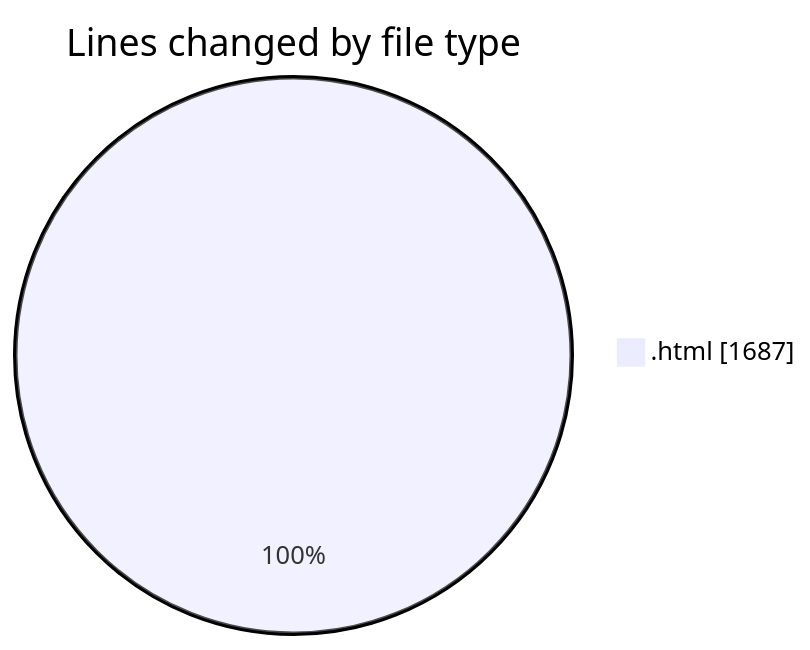
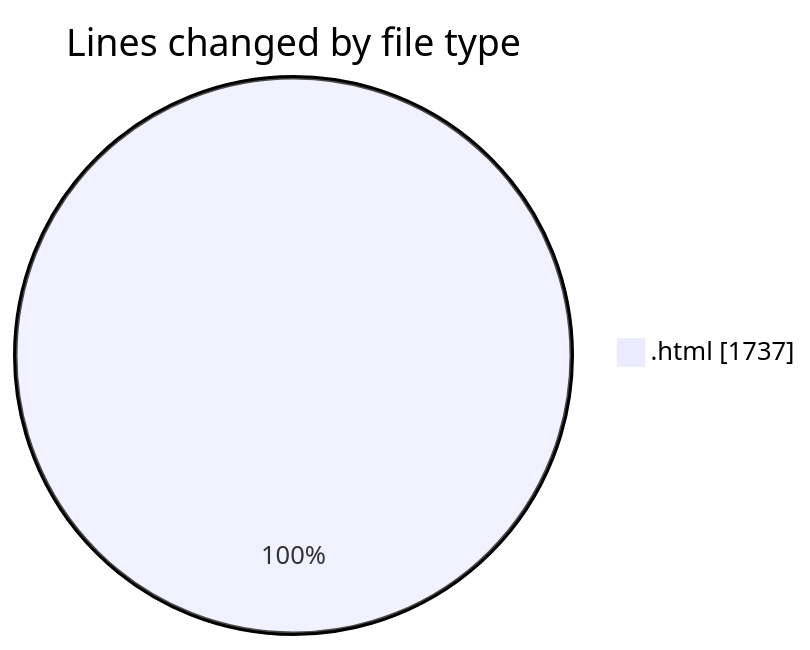
The first of 2 diagrams in 2025-09-16/landing/README.md (vahidmafi/code-tracking), drawn with Mermaid before and after one commit. The commit also changed other lines of this file and 1 other file, not shown here.

````diff
--- a/2025-09-16/landing/README.md
+++ b/2025-09-16/landing/README.md
@@ -25,5 +25,5 @@
 ```mermaid
 pie showData
 title Lines changed by file type
-".html" : 1687
+".html" : 1737
 ```
````
